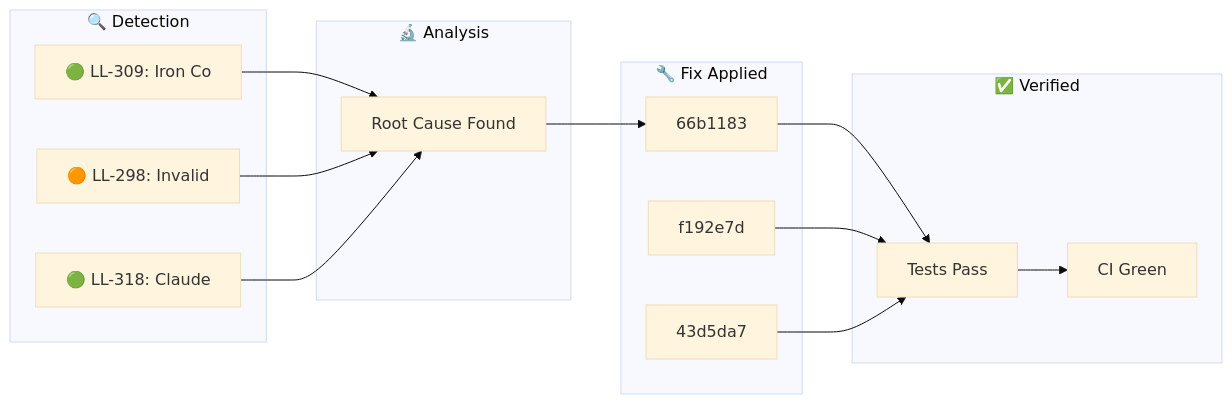
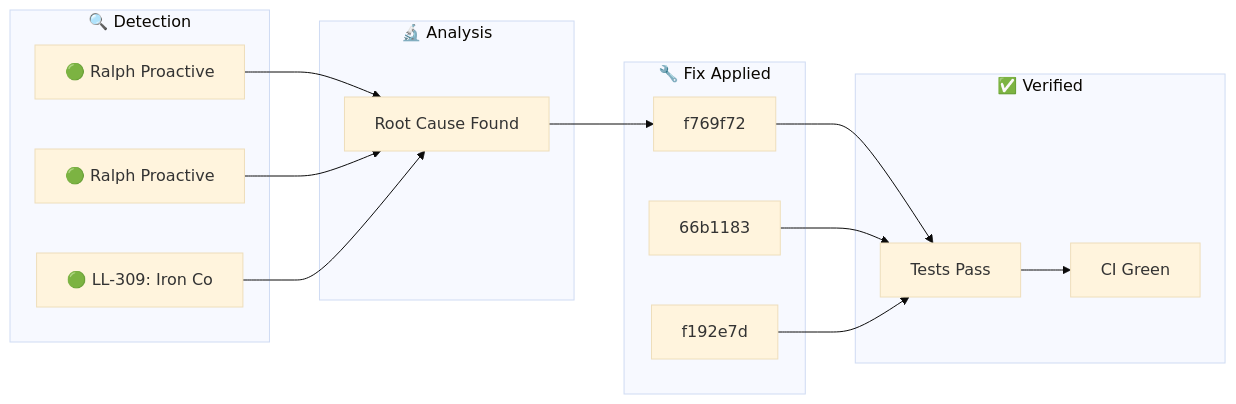
One commit to YoByron/trading changed the diagram in docs/_posts/2026-01-29-ralph-discovery.md. Above: the diagram before and after it, drawn with Mermaid (base theme). The commit also changed other lines of this file, not shown here.

Commit message:
docs(ralph): Auto-publish discovery blog post

````diff
--- a/docs/_posts/2026-01-29-ralph-discovery.md
+++ b/docs/_posts/2026-01-29-ralph-discovery.md
@@ -17,28 +17,28 @@
 ```mermaid
 flowchart LR
     subgraph Detection["🔍 Detection"]
-        D1["🟢 LL-309: Iron Co"]
-        D2["🟠 LL-298: Invalid"]
-        D3["🟢 LL-318: Claude "]
+        D1["🟢 Ralph Proactive"]
+        D2["🟢 Ralph Proactive"]
+        D3["🟢 LL-309: Iron Co"]
     end
     subgraph Analysis["🔬 Analysis"]
         A1["Root Cause Found"]
     end
     subgraph Fix["🔧 Fix Applied"]
-        F1["66b1183"]
-        F2["f192e7d"]
-        F3["43d5da7"]
+        F1["f769f72"]
+        F2["66b1183"]
+        F3["f192e7d"]
     end
     subgraph Verify["✅ Verified"]
         V1["Tests Pass"]
         V2["CI Green"]
     end
     D1 --> A1
     D2 --> A1
     D3 --> A1
     A1 --> F1
     F1 --> V1
     F2 --> V1
     F3 --> V1
     V1 --> V2
 ```
````
